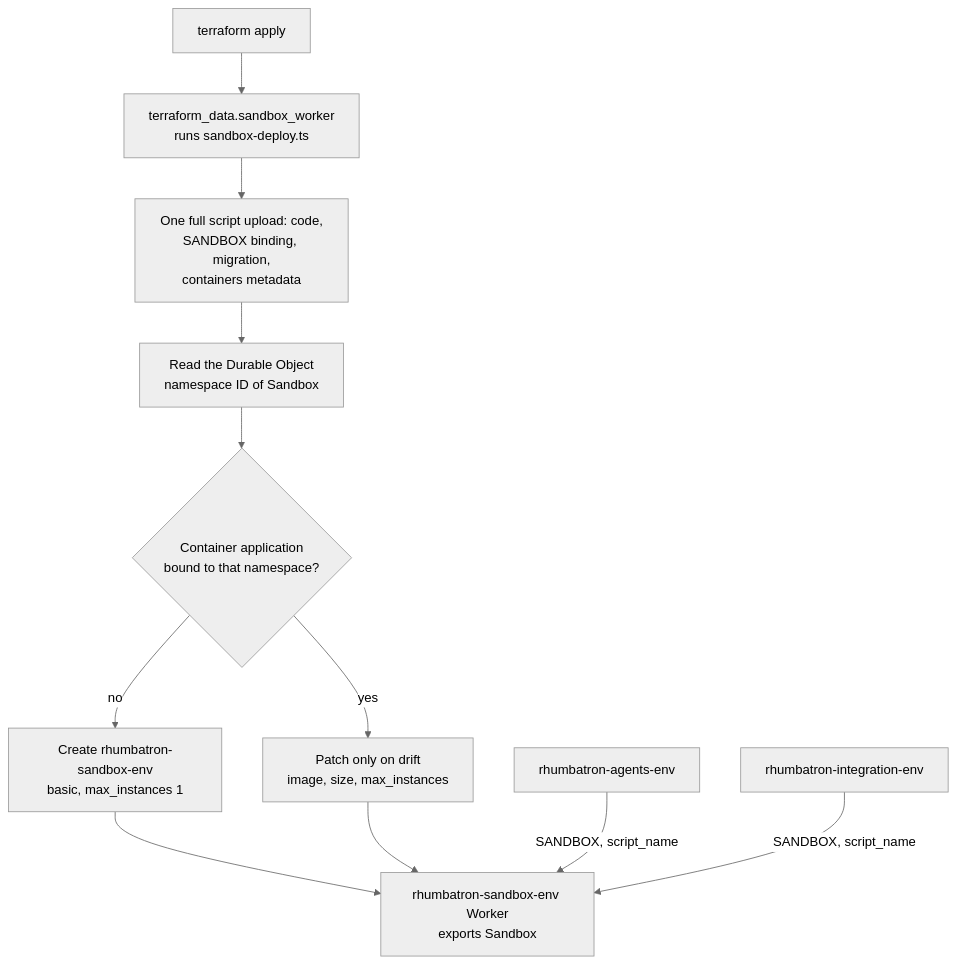
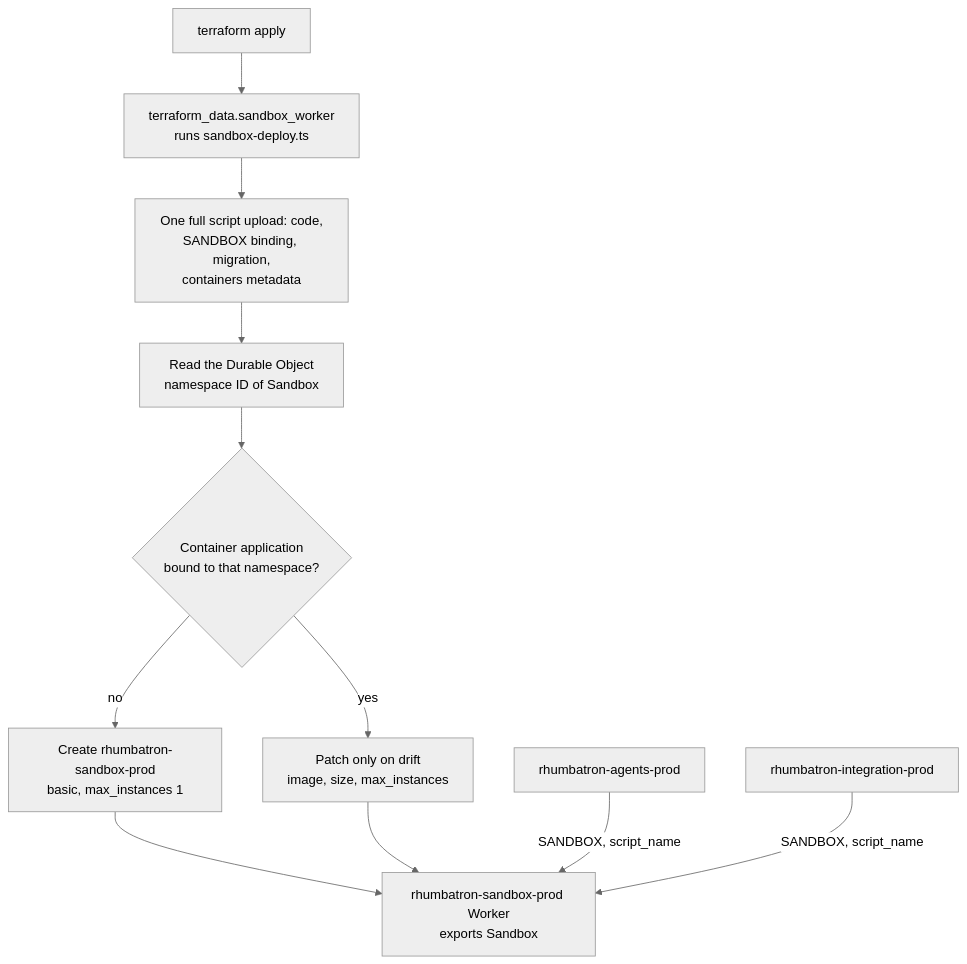
Before and after one commit to nsudhanva/rhumbatron: the diagram in docs/adr/0012-sandbox-worker.md, drawn with Mermaid (neutral theme). The commit also changed other lines of this file and 25 other files, not shown here.

````diff
--- a/docs/adr/0012-sandbox-worker.md
+++ b/docs/adr/0012-sandbox-worker.md
@@ -52,13 +35,13 @@
 ```mermaid
 flowchart TD
   T["terraform apply"] --> D["terraform_data.sandbox_worker<br/>runs sandbox-deploy.ts"]
   D --> U["One full script upload: code,<br/>SANDBOX binding, migration,<br/>containers metadata"]
   U --> N["Read the Durable Object<br/>namespace ID of Sandbox"]
   N --> Q{"Container application<br/>bound to that namespace?"}
-  Q -- no --> C["Create rhumbatron-sandbox-env<br/>basic, max_instances 1"]
+  Q -- no --> C["Create rhumbatron-sandbox-prod<br/>basic, max_instances 1"]
   Q -- yes --> P["Patch only on drift<br/>image, size, max_instances"]
-  C --> W["rhumbatron-sandbox-env Worker<br/>exports Sandbox"]
+  C --> W["rhumbatron-sandbox-prod Worker<br/>exports Sandbox"]
   P --> W
-  A["rhumbatron-agents-env"] -- "SANDBOX, script_name" --> W
-  I["rhumbatron-integration-env"] -- "SANDBOX, script_name" --> W
+  A["rhumbatron-agents-prod"] -- "SANDBOX, script_name" --> W
+  I["rhumbatron-integration-prod"] -- "SANDBOX, script_name" --> W
 ```
````
